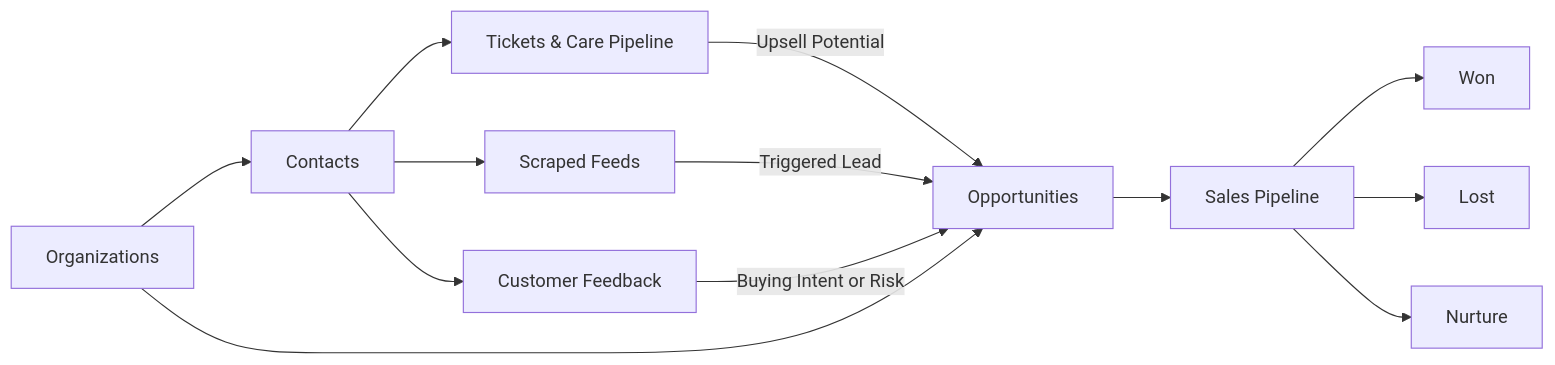
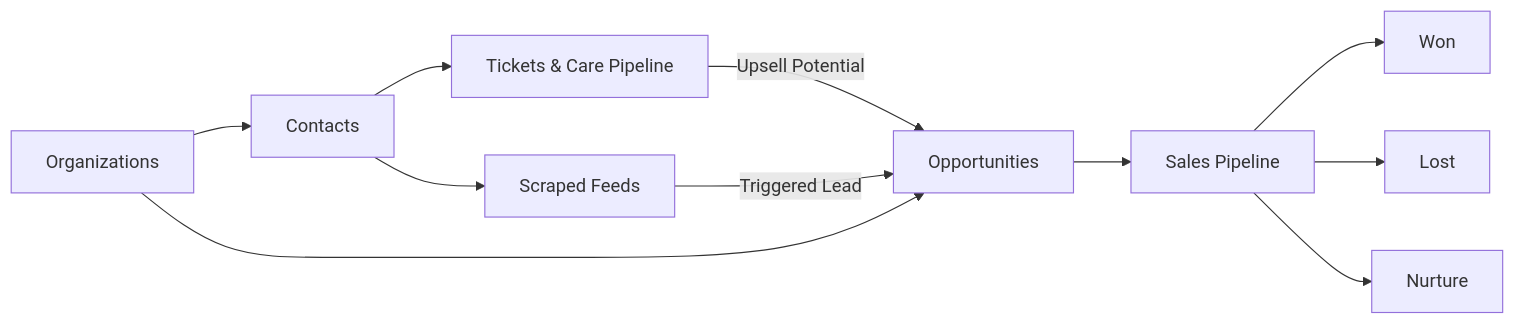
Before and after one commit to firman19/edu-airtable: the first of 3 diagrams in care-sales-base.md, drawn with Mermaid. The commit also changed other lines of this file and 2 other files, not shown here.

Commit message:
feat: remove customer feedback

````diff
--- a/care-sales-base.md
+++ b/care-sales-base.md
@@ -198,17 +181,15 @@
 ```mermaid
 flowchart LR
     ORG[Organizations] --> C[Contacts]
     C[Contacts] --> T[Tickets & Care Pipeline]
     C --> S[Scraped Feeds]
-    C --> F[Customer Feedback]
 
     T -->|Upsell Potential| O[Opportunities]
     S -->|Triggered Lead| O
-    F -->|Buying Intent or Risk| O
     ORG --> O
 
     O --> P[Sales Pipeline]
     P --> W[Won]
     P --> L[Lost]
     P --> N[Nurture]
 ```
````
